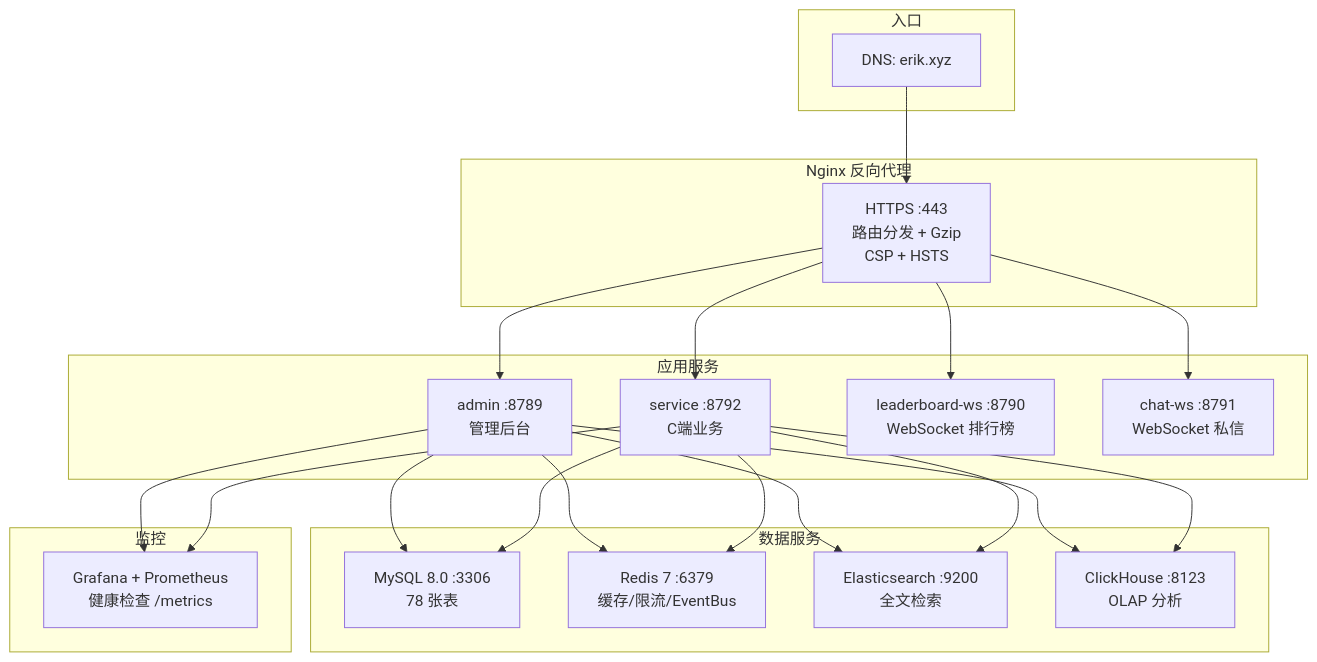
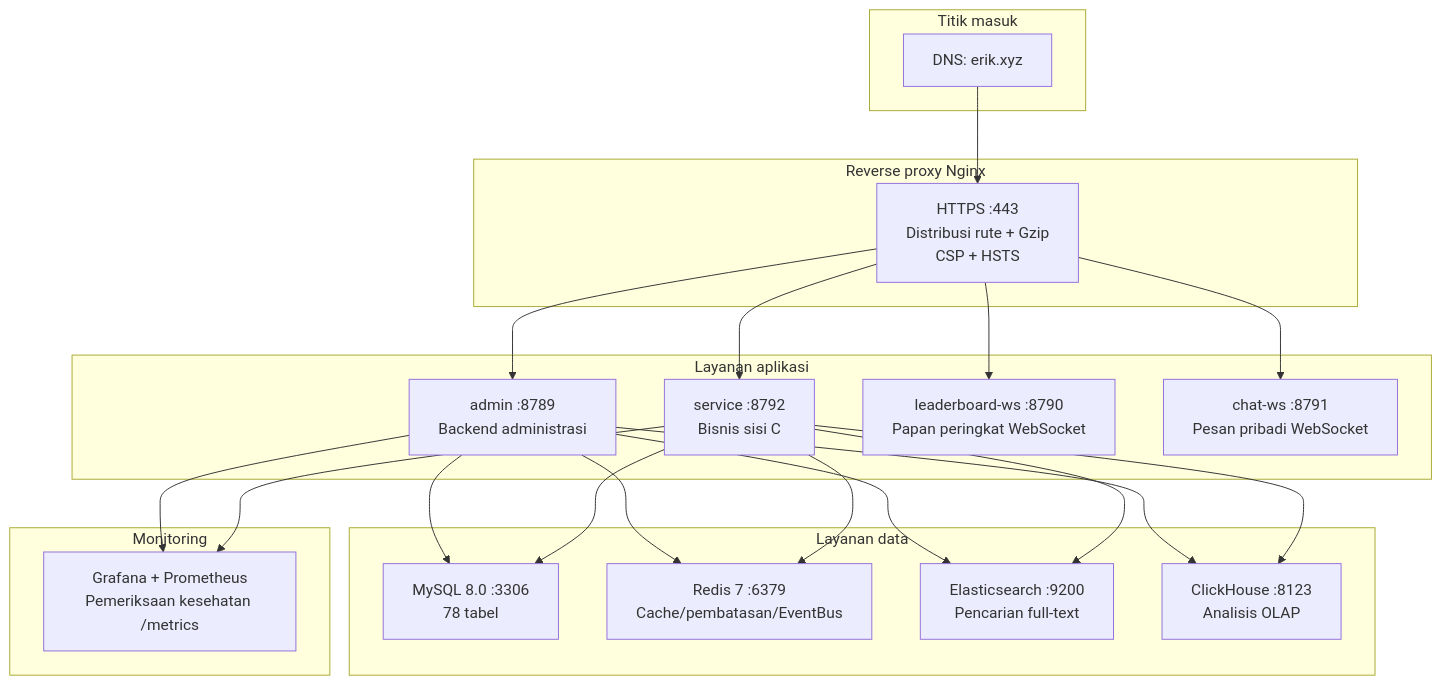
One commit to erikwang2013/game-platform-php changed the diagram in admin/docs/diagrams/12-deployment.id.md. Above: the diagram before and after it, drawn with Mermaid. The commit also changed 211 other files, not shown here.

First line of the commit message:
fix: 支付配置读回类型根治、提现事件对账巡检，12 语族 mermaid 与 API 标签本地化

````diff
--- a/admin/docs/diagrams/12-deployment.id.md
+++ b/admin/docs/diagrams/12-deployment.id.md
@@ -7,33 +7,33 @@
 ```mermaid
 flowchart TB
-    subgraph "入口"
+    subgraph "Titik masuk"
         DNS["DNS: erik.xyz"]
     end
 
-    subgraph "Nginx 反向代理"
-        NGX["HTTPS :443<br/>路由分发 + Gzip<br/>CSP + HSTS"]
+    subgraph "Reverse proxy Nginx"
+        NGX["HTTPS :443<br/>Distribusi rute + Gzip<br/>CSP + HSTS"]
     end
 
-    subgraph "应用服务"
-        ADM["admin :8789<br/>管理后台"]
-        SVC["service :8792<br/>C端业务"]
-        LB["leaderboard-ws :8790<br/>WebSocket 排行榜"]
-        CHAT["chat-ws :8791<br/>WebSocket 私信"]
+    subgraph "Layanan aplikasi"
+        ADM["admin :8789<br/>Backend administrasi"]
+        SVC["service :8792<br/>Bisnis sisi C"]
+        LB["leaderboard-ws :8790<br/>Papan peringkat WebSocket"]
+        CHAT["chat-ws :8791<br/>Pesan pribadi WebSocket"]
     end
 
-    subgraph "数据服务"
-        MYSQL["MySQL 8.0 :3306<br/>78 张表"]
-        REDIS["Redis 7 :6379<br/>缓存/限流/EventBus"]
-        ES["Elasticsearch :9200<br/>全文检索"]
-        CH["ClickHouse :8123<br/>OLAP 分析"]
+    subgraph "Layanan data"
+        MYSQL["MySQL 8.0 :3306<br/>78 tabel"]
+        REDIS["Redis 7 :6379<br/>Cache/pembatasan/EventBus"]
+        ES["Elasticsearch :9200<br/>Pencarian full-text"]
+        CH["ClickHouse :8123<br/>Analisis OLAP"]
     end
 
-    subgraph "监控"
-        MON["Grafana + Prometheus<br/>健康检查 /metrics"]
+    subgraph "Monitoring"
+        MON["Grafana + Prometheus<br/>Pemeriksaan kesehatan /metrics"]
     end
 
     DNS --> NGX
     NGX --> ADM & SVC & LB & CHAT
     ADM & SVC --> MYSQL & REDIS & ES & CH
     ADM & SVC --> MON
 ```
````
